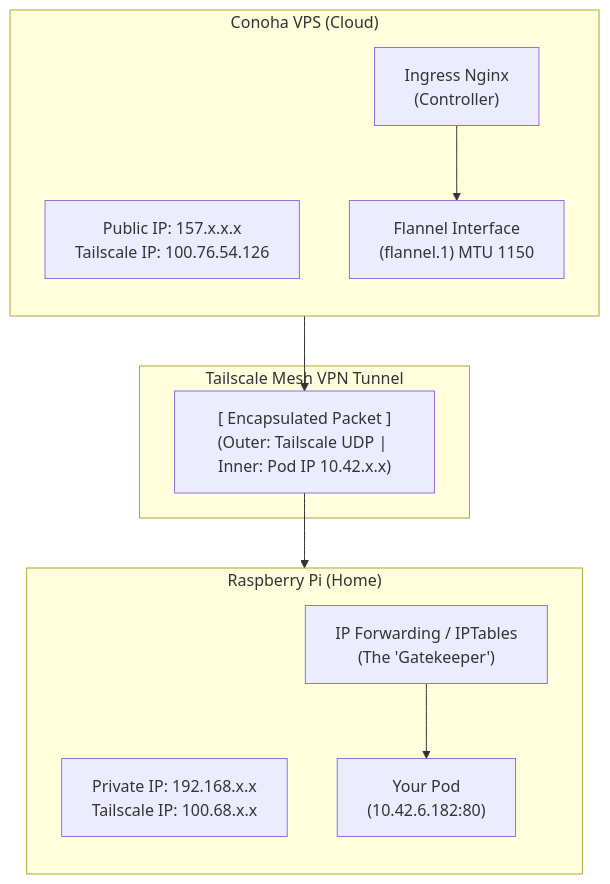
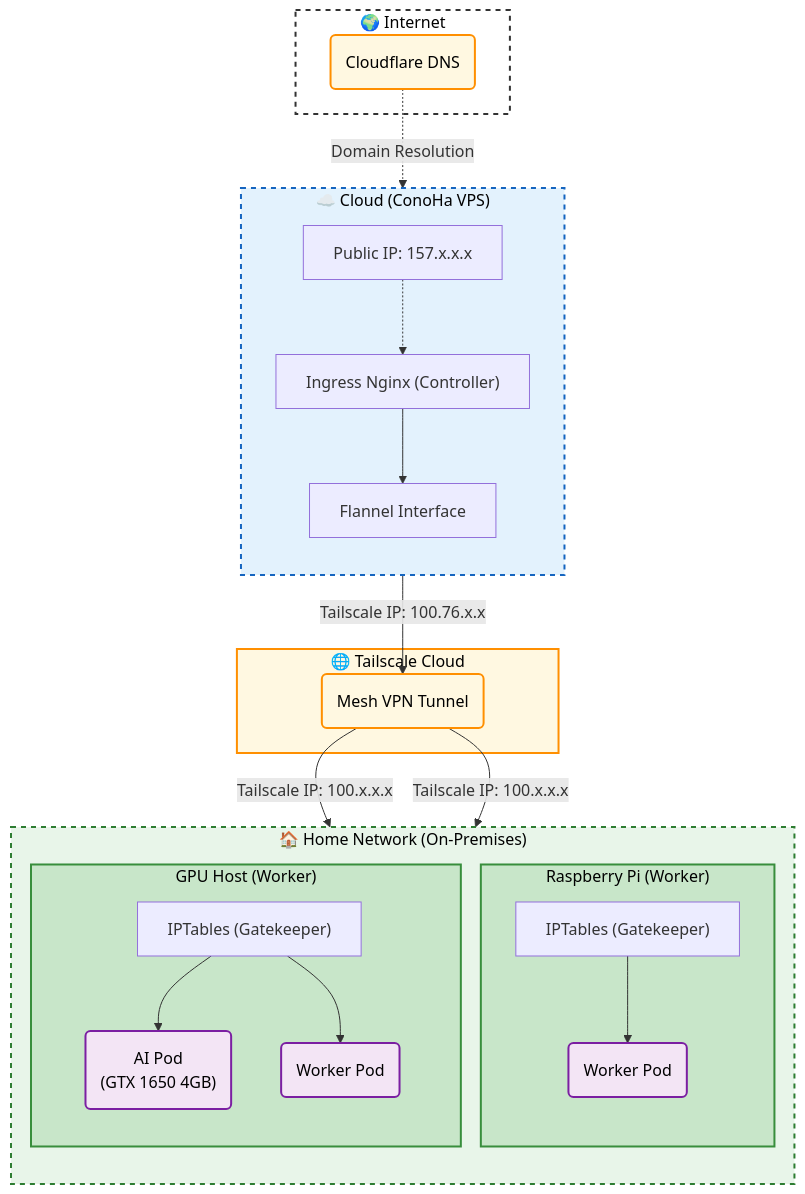
The diagram in README.md (Takayio/k3s-guideline), drawn with Mermaid before and after one commit.

Commit message:
feat: update README network diagram to a more detailed and styled multi-node topology.

````diff
--- a/README.md
+++ b/README.md
@@ -11,27 +11,63 @@
 ```mermaid
 graph TD
-  subgraph Conoha_VPS ["Conoha VPS (Cloud)"]
-    direction TB
-    C_IP["Public IP: 157.x.x.x<br/>Tailscale IP: 100.76.54.126"]
-    Ingress["Ingress Nginx<br/>(Controller)"]
-    Flannel["Flannel Interface<br/>(flannel.1) MTU 1150"]
+  %% --- Default Node Styling ---
+  classDef podNode fill:#f3e5f5,stroke:#7b1fa2,stroke-width:2px,color:#000
+  classDef epsNode fill:#fff8e1,stroke:#ff8f00,stroke-width:2px,color:#000
 
-    Ingress --> Flannel
+  %% --- 1. Cloud Infrastructure ---
+  subgraph Public ["🌍 Internet"]
+    CF_DNS("Cloudflare DNS")
   end
 
-  subgraph Tunnel ["Tailscale Mesh VPN Tunnel"]
-    Packet["[ Encapsulated Packet ]<br/>(Outer: Tailscale UDP | Inner: Pod IP 10.42.x.x)"]
+  subgraph Cloud ["☁️ Cloud (ConoHa VPS)"]
+    direction TB
+    C_Ext["Public IP: 157.x.x.x"]
+    Controller["Ingress Nginx (Controller)"]
+    Flannel["Flannel Interface"]
+
+    CF_DNS -. "Domain Resolution" .-> C_Ext
+    C_Ext -.-> Controller
+    Controller --> Flannel
   end
 
-  subgraph Raspberry_Pi ["Raspberry Pi (Home)"]
-    direction TB
-    R_IP["Private IP: 192.168.x.x<br/>Tailscale IP: 100.68.x.x"]
-    Gatekeeper["IP Forwarding / IPTables<br/>(The 'Gatekeeper')"]
-    Pod["Your Pod<br/>(10.42.6.182:80)"]
-
-    Gatekeeper --> Pod
+  %% --- 2. VPN Tunnel ---
+  subgraph VPN ["🌐 Tailscale Cloud"]
+    Tunnel("Mesh VPN Tunnel")
   end
 
-  Flannel --> Packet
-  Packet --> Gatekeeper
+  %% --- 3. Home Infrastructure ---
+  subgraph Home ["🏠 Home Network (On-Premises)"]
+    direction TB
+
+    subgraph Pi ["Raspberry Pi (Worker)"]
+      R_Route["IPTables (Gatekeeper)"]
+      R_Pod("Worker Pod")
+      R_Route --> R_Pod
+    end
+
+    subgraph GPU ["GPU Host (Worker)"]
+      G_Route["IPTables (Gatekeeper)"]
+      G_AIPod("AI Pod<br>(GTX 1650 4GB)")
+      G_Worker("Worker Pod")
+
+      G_Route --> G_AIPod
+      G_Route --> G_Worker
+    end
+  end
+
+  %% --- Traffic Flow ---
+  Flannel -- "Tailscale IP: 100.76.x.x" --> Tunnel
+  Tunnel -- "Tailscale IP: 100.x.x.x" --> R_Route
+  Tunnel -- "Tailscale IP: 100.x.x.x" --> G_Route
+
+  %% --- Node Classes & Subgroup Coloring ---
+  class Tunnel,CF_DNS epsNode;
+  class R_Pod,G_AIPod,G_Worker podNode;
+
+  style Public fill:#ffffff,stroke:#333,stroke-width:2px,color:#000,stroke-dasharray: 5 5
+  style Cloud fill:#e3f2fd,stroke:#1565c0,stroke-width:2px,color:#000,stroke-dasharray: 5 5
+  style VPN fill:#fff8e1,stroke:#ff8f00,stroke-width:2px,color:#000
+  style Home fill:#e8f5e9,stroke:#2e7d32,stroke-width:2px,color:#000,stroke-dasharray: 5 5
+  style Pi fill:#c8e6c9,stroke:#388e3c,stroke-width:2px,color:#000
+  style GPU fill:#c8e6c9,stroke:#388e3c,stroke-width:2px,color:#000
 ```
````
